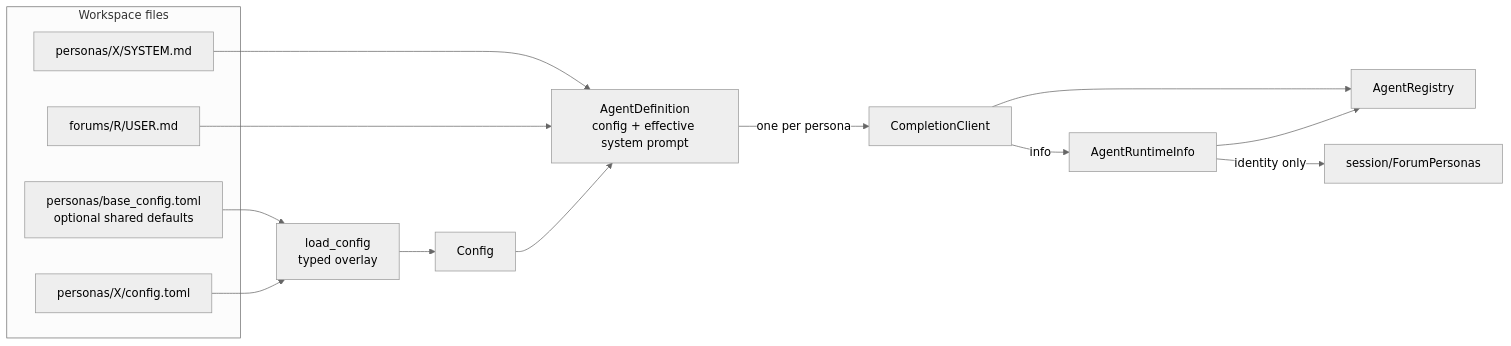
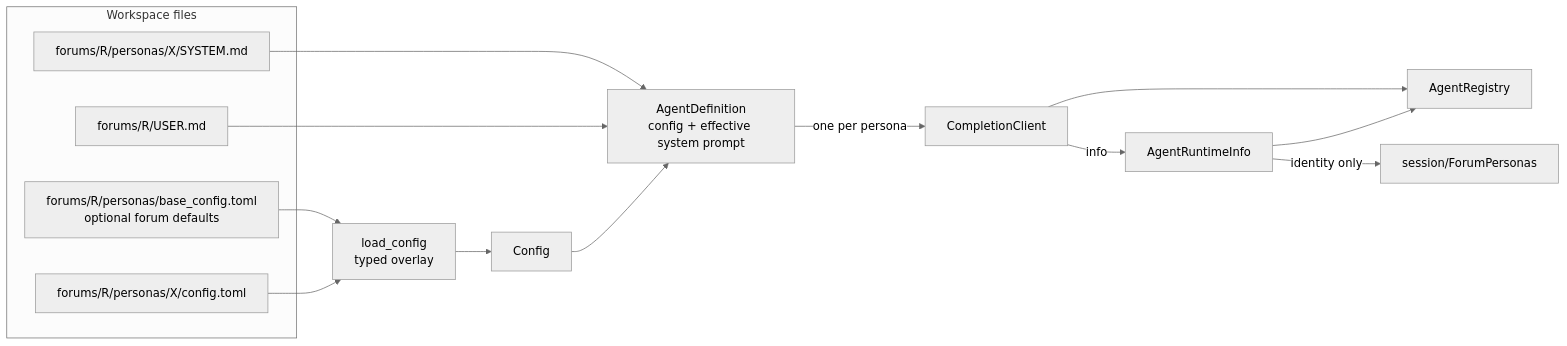
The first of 4 diagrams in src/agents/README.md (michaelpopov/cha), drawn with Mermaid (neutral theme) before and after one commit. The commit also changed other lines of this file and 37 other files, not shown here.

````diff
--- a/src/agents/README.md
+++ b/src/agents/README.md
@@ -24,21 +24,21 @@
 ```mermaid
 flowchart LR
     subgraph disk["Workspace files"]
-        base["personas/base_config.toml<br/>optional shared defaults"]
-        cfg["personas/X/config.toml"]
-        sys["personas/X/SYSTEM.md"]
+        base["forums/R/personas/base_config.toml<br/>optional forum defaults"]
+        cfg["forums/R/personas/X/config.toml"]
+        sys["forums/R/personas/X/SYSTEM.md"]
         usr["forums/R/USER.md"]
     end
 
     base --> load["load_config<br/>typed overlay"]
     cfg --> load
     load --> conf["Config"]
     sys --> def["AgentDefinition<br/>config + effective system prompt"]
     usr --> def
     conf --> def
     def -->|"one per persona"| client["CompletionClient"]
     client --> registry["AgentRegistry"]
     client -->|"info"| runtime["AgentRuntimeInfo"]
     runtime --> registry
     runtime -->|"identity only"| personas["session/ForumPersonas"]
 ```
````
